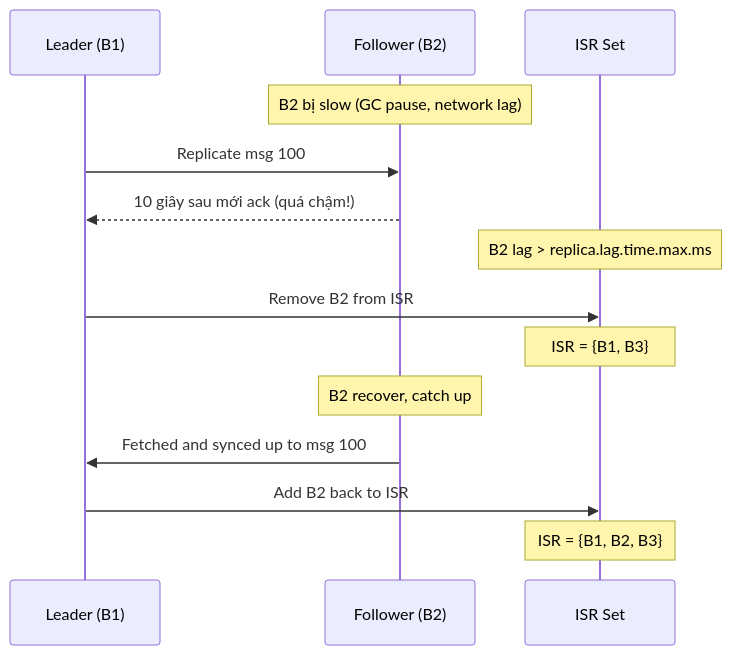
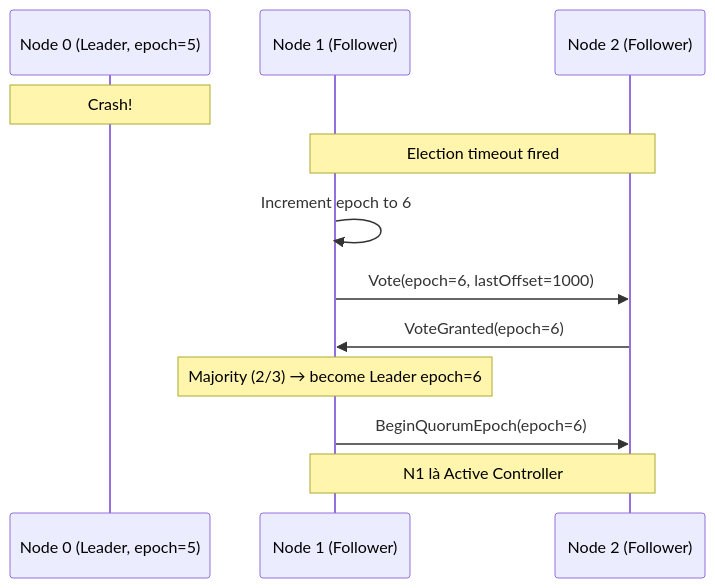
One commit to vanhiep99w/kafka-learn changed the second of 3 diagrams in content/docs/core-concepts/brokers-cluster.md. Above: the diagram before and after it, drawn with Mermaid. The commit also changed other lines of this file and 9 other files, not shown here.

````diff
--- a/content/docs/core-concepts/brokers-cluster.md
+++ b/content/docs/core-concepts/brokers-cluster.md
@@ -222,22 +252,17 @@
 ```mermaid
 sequenceDiagram
-    participant L as Leader (B1)
-    participant F as Follower (B2)
-    participant ISR as ISR Set
+    participant N0 as Node 0 (Leader, epoch=5)
+    participant N1 as Node 1 (Follower)
+    participant N2 as Node 2 (Follower)
 
-    Note over F: B2 bị slow (GC pause, network lag)
+    Note over N0: Crash!
+    Note over N1,N2: Election timeout fired
 
-    L->>F: Replicate msg 100
-    F-->>L: 10 giây sau mới ack (quá chậm!)
+    N1->>N1: Increment epoch to 6
+    N1->>N2: Vote(epoch=6, lastOffset=1000)
+    N2->>N1: VoteGranted(epoch=6)
+    Note over N1: Majority (2/3) → become Leader epoch=6
 
-    Note over ISR: B2 lag > replica.lag.time.max.ms
-
-    L->>ISR: Remove B2 from ISR
-    Note over ISR: ISR = {B1, B3}
-
-    Note over F: B2 recover, catch up
-
-    F->>L: Fetched and synced up to msg 100
-    L->>ISR: Add B2 back to ISR
-    Note over ISR: ISR = {B1, B2, B3}
+    N1->>N2: BeginQuorumEpoch(epoch=6)
+    Note over N1,N2: N1 là Active Controller
 ```
````
